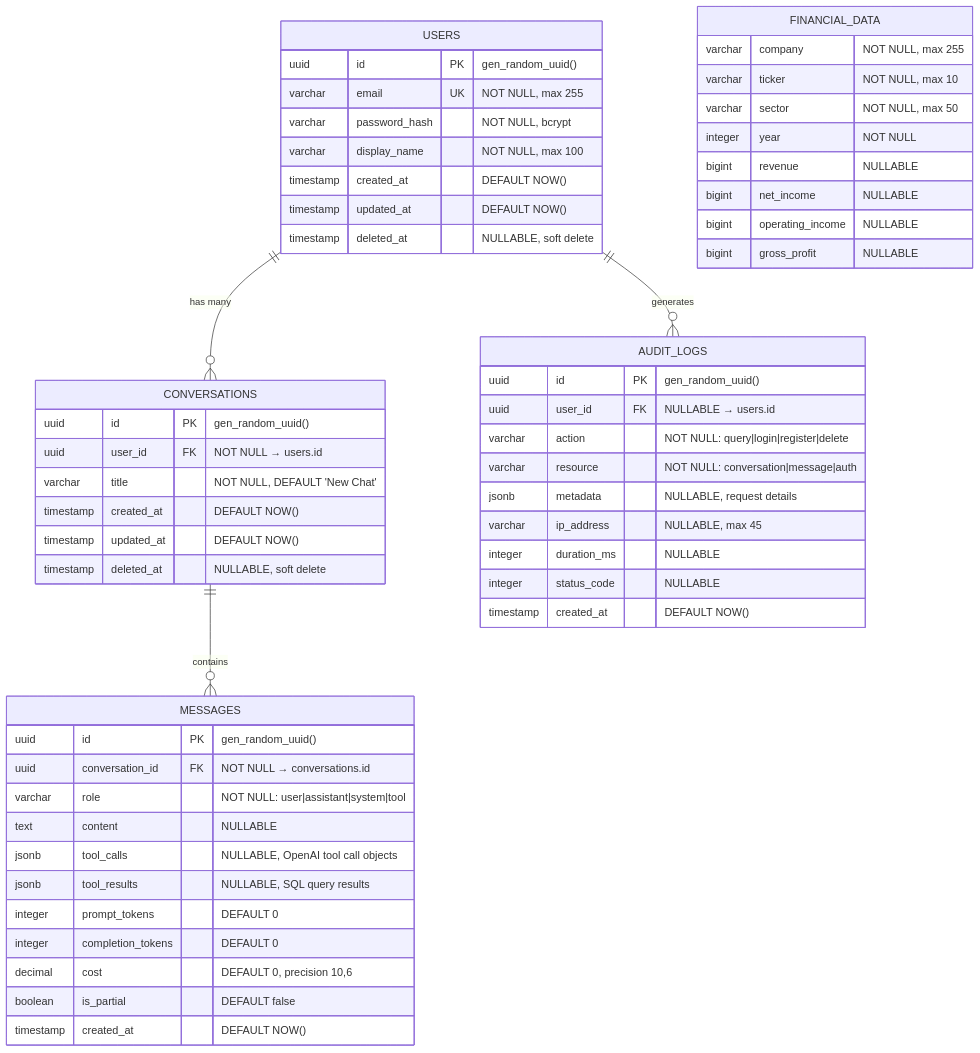
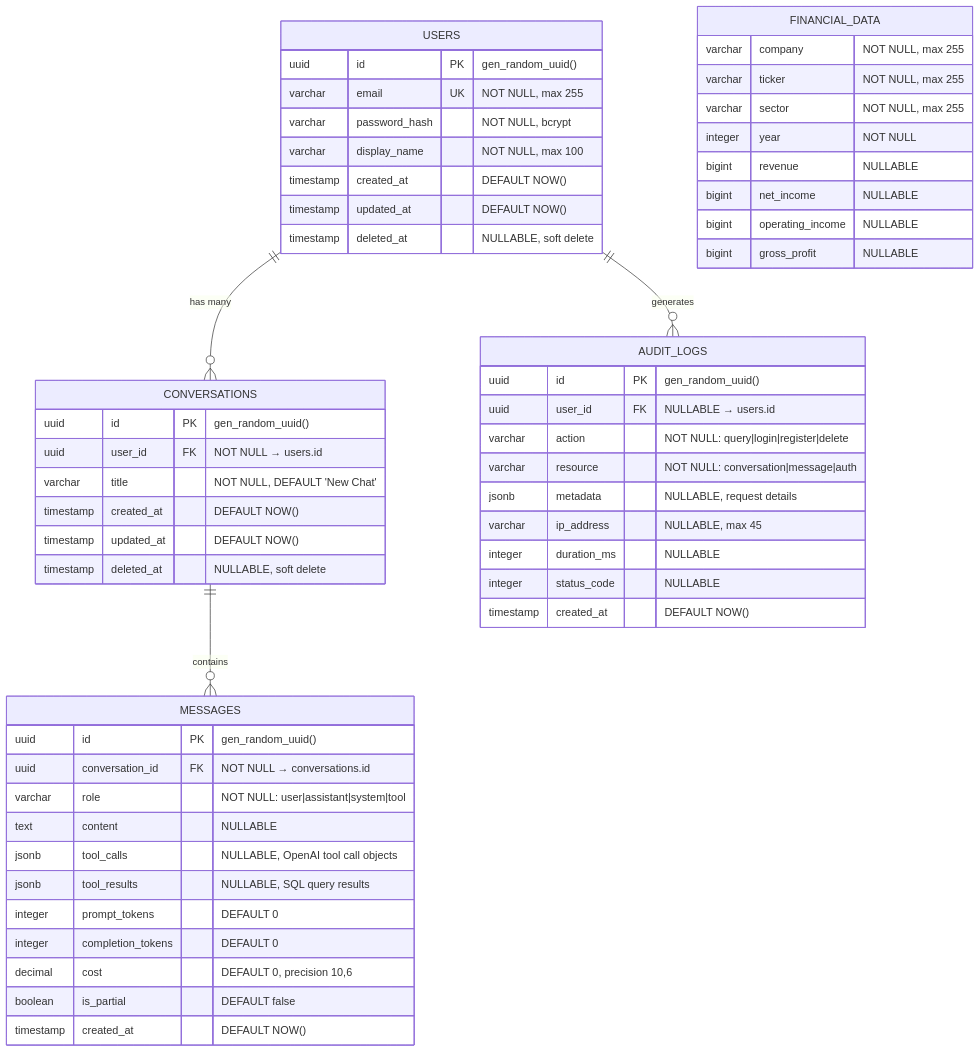
The diagram in docs/erd.md (alternativeboy/smc_fullstack), drawn with Mermaid before and after one commit. The commit also changed other lines of this file and 10 other files, not shown here.

Commit message:
chore: finalize Phase 0 ground truth verification by updating documentation, adding project boilerplate, and reconciling company counts and schema types.

````diff
--- a/docs/erd.md
+++ b/docs/erd.md
@@ -11,62 +11,62 @@
 ```mermaid
 erDiagram
     USERS {
         uuid id PK "gen_random_uuid()"
         varchar email UK "NOT NULL, max 255"
         varchar password_hash "NOT NULL, bcrypt"
         varchar display_name "NOT NULL, max 100"
         timestamp created_at "DEFAULT NOW()"
         timestamp updated_at "DEFAULT NOW()"
         timestamp deleted_at "NULLABLE, soft delete"
     }
 
     CONVERSATIONS {
         uuid id PK "gen_random_uuid()"
         uuid user_id FK "NOT NULL → users.id"
         varchar title "NOT NULL, DEFAULT 'New Chat'"
         timestamp created_at "DEFAULT NOW()"
         timestamp updated_at "DEFAULT NOW()"
         timestamp deleted_at "NULLABLE, soft delete"
     }
 
     MESSAGES {
         uuid id PK "gen_random_uuid()"
         uuid conversation_id FK "NOT NULL → conversations.id"
         varchar role "NOT NULL: user|assistant|system|tool"
         text content "NULLABLE"
         jsonb tool_calls "NULLABLE, OpenAI tool call objects"
         jsonb tool_results "NULLABLE, SQL query results"
         integer prompt_tokens "DEFAULT 0"
         integer completion_tokens "DEFAULT 0"
         decimal cost "DEFAULT 0, precision 10,6"
         boolean is_partial "DEFAULT false"
         timestamp created_at "DEFAULT NOW()"
     }
 
     FINANCIAL_DATA {
         varchar company "NOT NULL, max 255"
-        varchar ticker "NOT NULL, max 10"
-        varchar sector "NOT NULL, max 50"
+        varchar ticker "NOT NULL, max 255"
+        varchar sector "NOT NULL, max 255"
         integer year "NOT NULL"
         bigint revenue "NULLABLE"
         bigint net_income "NULLABLE"
         bigint operating_income "NULLABLE"
         bigint gross_profit "NULLABLE"
     }
 
     AUDIT_LOGS {
         uuid id PK "gen_random_uuid()"
         uuid user_id FK "NULLABLE → users.id"
         varchar action "NOT NULL: query|login|register|delete"
         varchar resource "NOT NULL: conversation|message|auth"
         jsonb metadata "NULLABLE, request details"
         varchar ip_address "NULLABLE, max 45"
         integer duration_ms "NULLABLE"
         integer status_code "NULLABLE"
         timestamp created_at "DEFAULT NOW()"
     }
 
     USERS ||--o{ CONVERSATIONS : "has many"
     USERS ||--o{ AUDIT_LOGS : "generates"
     CONVERSATIONS ||--o{ MESSAGES : "contains"
 ```
````
